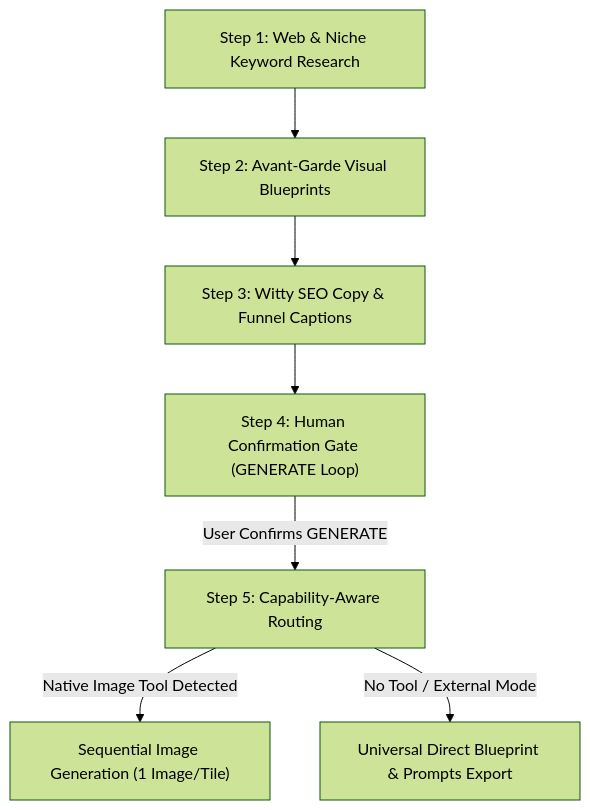
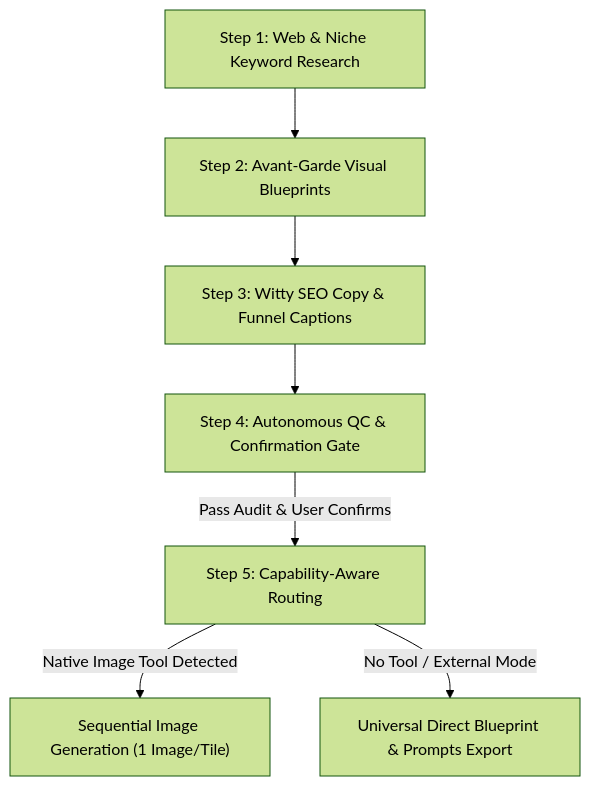
One commit to fryawhd-ctrl/ig-grid-brainstorm changed the diagram in README.md. Above: the diagram before and after it, drawn with Mermaid (forest theme). The commit also changed other lines of this file and 3 other files, not shown here.

Commit message:
Add autonomous quality control gate, anti-skipping rubric, and CLI validator

````diff
--- a/README.md
+++ b/README.md
@@ -56,9 +63,9 @@
 ```mermaid
 flowchart TD
     S1["Step 1: Web & Niche Keyword Research"] --> S2["Step 2: Avant-Garde Visual Blueprints"]
     S2 --> S3["Step 3: Witty SEO Copy & Funnel Captions"]
-    S3 --> S4["Step 4: Human Confirmation Gate (GENERATE Loop)"]
-    S4 -->|User Confirms GENERATE| S5["Step 5: Capability-Aware Routing"]
+    S3 --> S4["Step 4: Autonomous QC & Confirmation Gate"]
+    S4 -->|Pass Audit & User Confirms| S5["Step 5: Capability-Aware Routing"]
     S5 -->|Native Image Tool Detected| G1["Sequential Image Generation (1 Image/Tile)"]
     S5 -->|No Tool / External Mode| G2["Universal Direct Blueprint & Prompts Export"]
 ```
````
